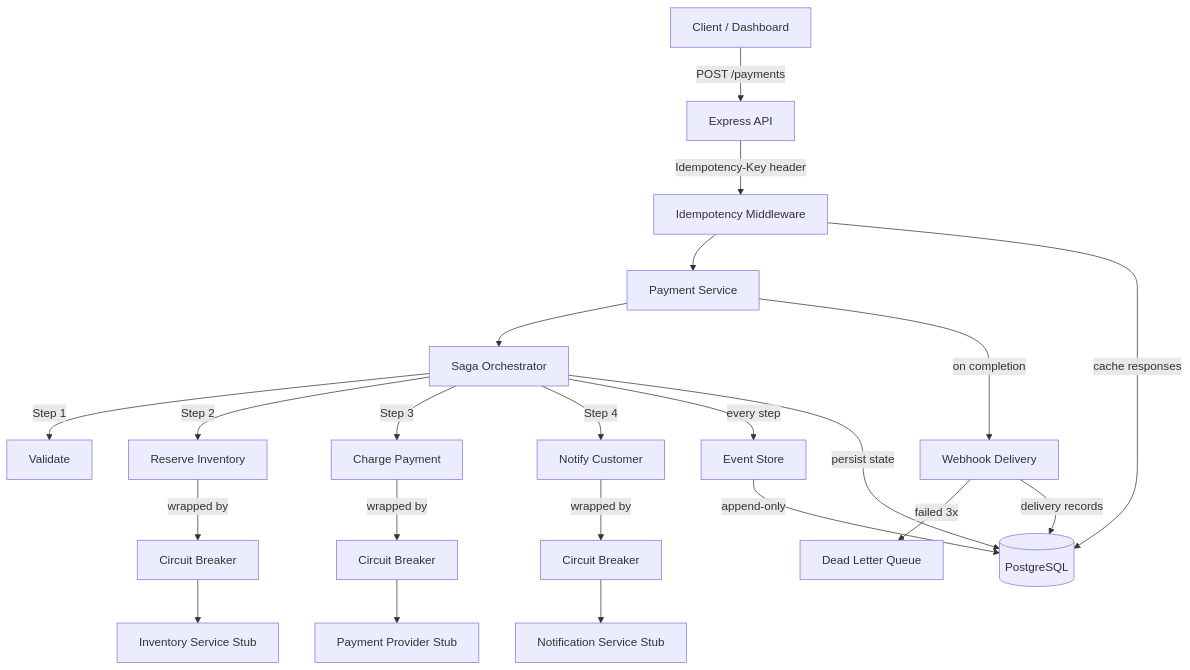
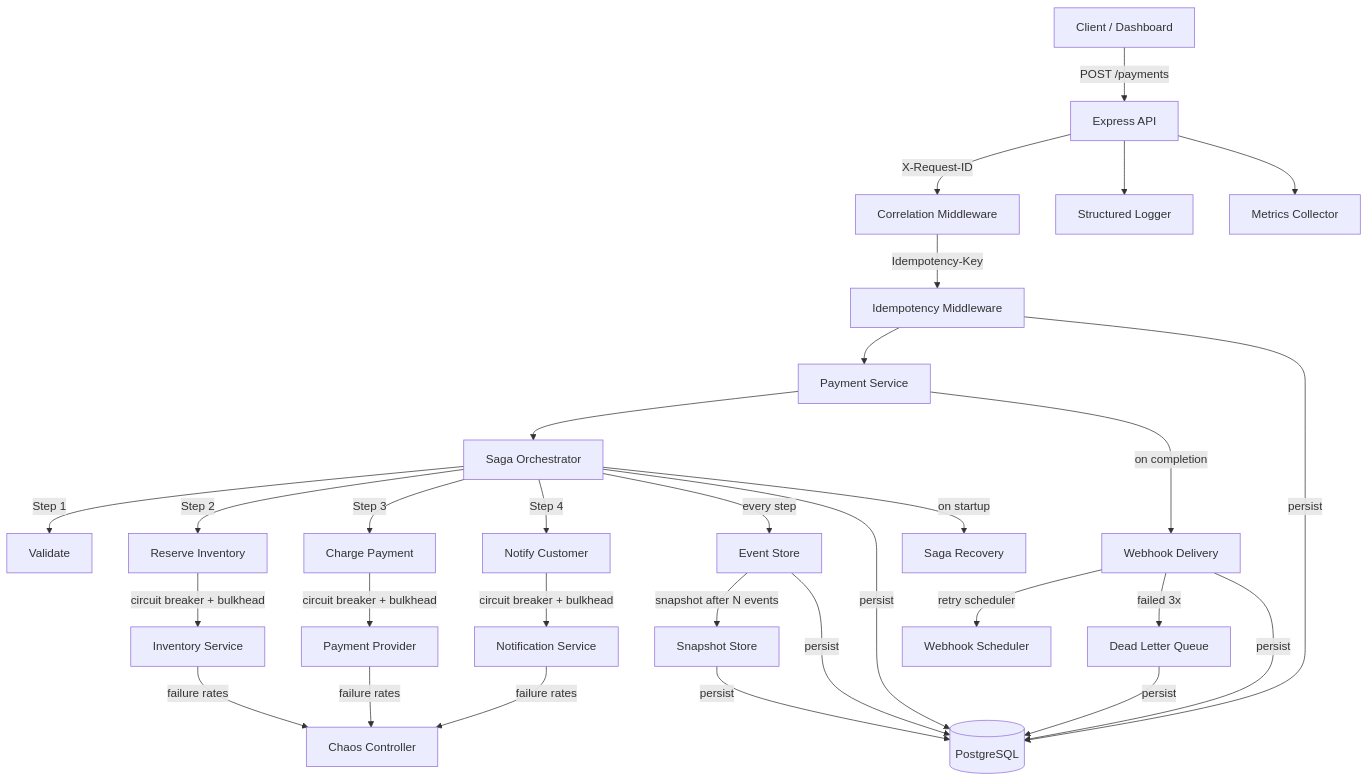
One commit to JamilAfouri99/payment-orchestrator changed the first of 3 diagrams in README.md. Above: the diagram before and after it, drawn with Mermaid. The commit also changed other lines of this file and 37 other files, not shown here.

````diff
--- a/README.md
+++ b/README.md
@@ -81,24 +38,25 @@
 ```mermaid
 graph TD
     Client[Client / Dashboard] -->|POST /payments| API[Express API]
-    API -->|Idempotency-Key header| IM[Idempotency Middleware]
+    API -->|X-Request-ID| COR[Correlation Middleware]
+    COR -->|Idempotency-Key| IM[Idempotency Middleware]
     IM --> PS[Payment Service]
     PS --> SO[Saga Orchestrator]
     SO -->|Step 1| V[Validate]
     SO -->|Step 2| RI[Reserve Inventory]
     SO -->|Step 3| CP[Charge Payment]
     SO -->|Step 4| N[Notify Customer]
-    RI -->|wrapped by| CB1[Circuit Breaker]
-    CP -->|wrapped by| CB2[Circuit Breaker]
-    N -->|wrapped by| CB3[Circuit Breaker]
-    CB1 --> IS[Inventory Service Stub]
-    CB2 --> PP[Payment Provider Stub]
-    CB3 --> NS[Notification Service Stub]
+    RI -->|circuit breaker + bulkhead| IS[Inventory Service]
+    CP -->|circuit breaker + bulkhead| PP[Payment Provider]
+    N -->|circuit breaker + bulkhead| NS[Notification Service]
+    IS & PP & NS -->|failure rates| CC[Chaos Controller]
     SO -->|every step| ES[Event Store]
+    ES -->|snapshot after N events| SS[Snapshot Store]
     PS -->|on completion| WH[Webhook Delivery]
+    WH -->|retry scheduler| WS[Webhook Scheduler]
     WH -->|failed 3x| DLQ[Dead Letter Queue]
-    ES -->|append-only| DB[(PostgreSQL)]
-    SO -->|persist state| DB
-    IM -->|cache responses| DB
-    WH -->|delivery records| DB
+    ES & SS & SO & IM & WH & DLQ -->|persist| DB[(PostgreSQL)]
+    API --> LOG[Structured Logger]
+    API --> MET[Metrics Collector]
+    SO -->|on startup| SR[Saga Recovery]
 ```
````
